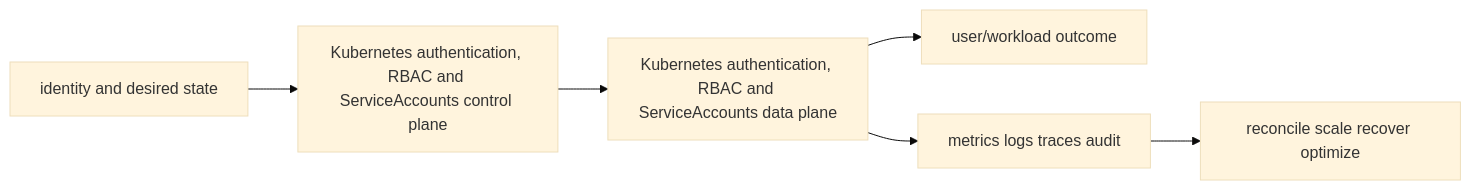
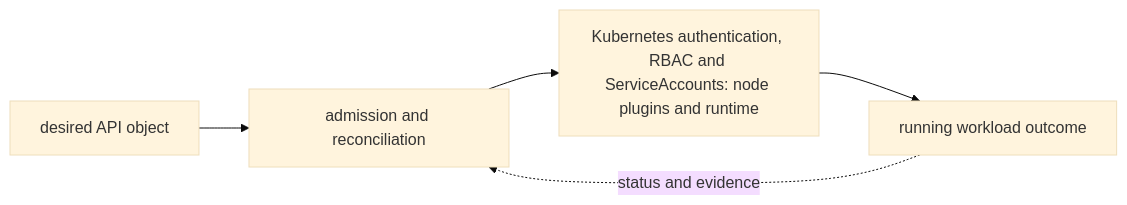
The diagram in 06-kubernetes/05-security/01-authn-rbac-serviceaccounts/README.md (tomkidumbuyo/DevOps-interview-preparation), drawn with Mermaid (base theme) before and after one commit. The commit also changed other lines of this file and 753 other files, not shown here.

````diff
--- a/06-kubernetes/05-security/01-authn-rbac-serviceaccounts/README.md
+++ b/06-kubernetes/05-security/01-authn-rbac-serviceaccounts/README.md
@@ -19,8 +31,7 @@
 ```mermaid
 flowchart LR
-  I[identity and desired state] --> C[Kubernetes authentication, RBAC and ServiceAccounts control plane]
-  C --> D[Kubernetes authentication, RBAC and ServiceAccounts data plane]
-  D --> U[user/workload outcome]
-  D --> O[metrics logs traces audit]
-  O --> R[reconcile scale recover optimize]
+  A["desired API object"] --> B["admission and reconciliation"]
+  B --> C["Kubernetes authentication, RBAC and ServiceAccounts: node plugins and runtime"]
+  C --> D["running workload outcome"]
+  D -. "status and evidence" .-> B
 ```
````
